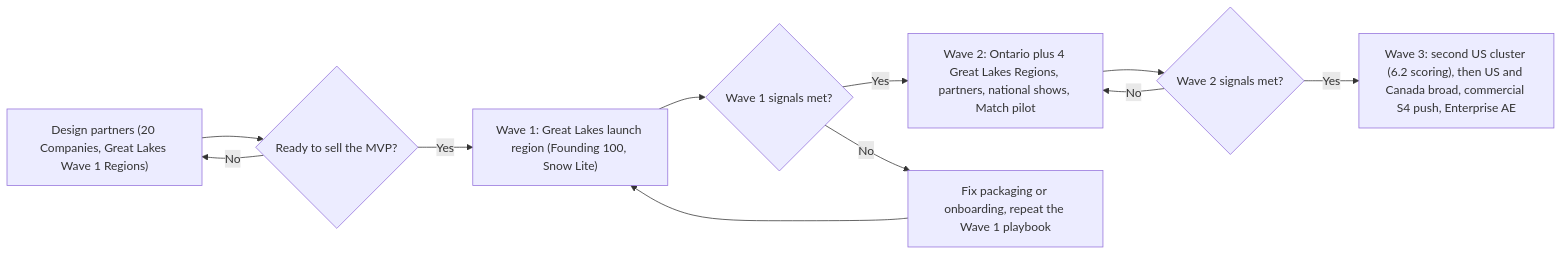
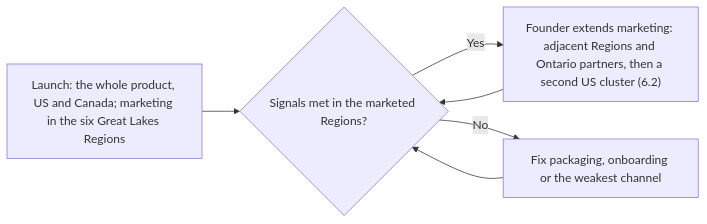
One commit to jdinard/landscape changed the second of 11 diagrams in docs/22-business-model-pricing-gtm.md. Above: the diagram before and after it, drawn with Mermaid. The commit also changed other lines of this file and 42 other files, not shown here.

````diff
--- a/docs/22-business-model-pricing-gtm.md
+++ b/docs/22-business-model-pricing-gtm.md
@@ -926,13 +936,8 @@
 ```mermaid
 flowchart LR
-  DP["Design partners (20 Companies, Great Lakes Wave 1 Regions)"] --> R0{"Ready to sell the MVP?"}
-  R0 -- "Yes" --> W1["Wave 1: Great Lakes launch region (Founding 100, Snow Lite)"]
-  R0 -- "No" --> DP
-  W1 --> R1{"Wave 1 signals met?"}
-  R1 -- "Yes" --> W2["Wave 2: Ontario plus 4 Great Lakes Regions, partners, national shows, Match pilot"]
-  R1 -- "No" --> FIX["Fix packaging or onboarding, repeat the Wave 1 playbook"]
-  FIX --> W1
-  W2 --> R2{"Wave 2 signals met?"}
-  R2 -- "Yes" --> W3["Wave 3: second US cluster (6.2 scoring), then US and Canada broad, commercial S4 push, Enterprise AE"]
-  R2 -- "No" --> W2
+  L["Launch: the whole product, US and Canada; marketing in the six Great Lakes Regions"] --> R1{"Signals met in the marketed Regions?"}
+  R1 -- "Yes" --> X["Founder extends marketing: adjacent Regions and Ontario partners, then a second US cluster (6.2)"]
+  R1 -- "No" --> FIX["Fix packaging, onboarding or the weakest channel"]
+  FIX --> R1
+  X --> R1
 ```
````
